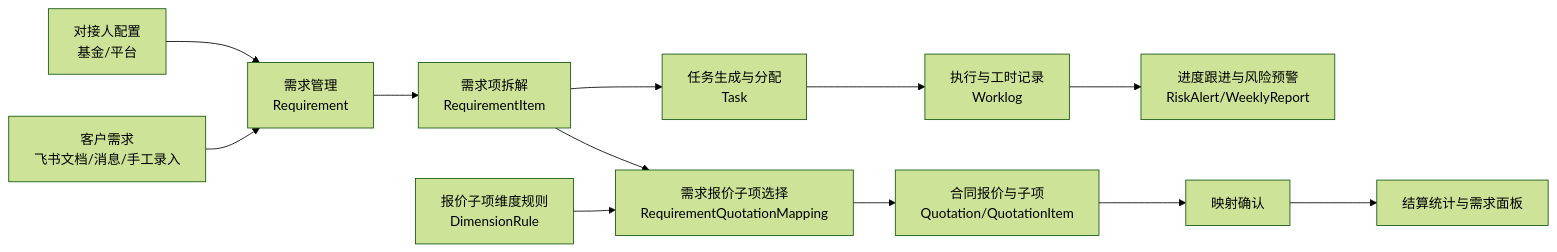
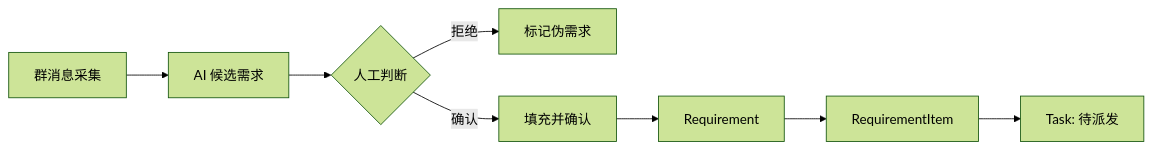
Before and after one commit to easyLong/xlyq-efficiency-engine: the third of 6 diagrams in DIAGRAMS.md, drawn with Mermaid (forest theme). The commit also changed other lines of this file and 26 other files, not shown here.

````diff
--- a/DIAGRAMS.md
+++ b/DIAGRAMS.md
@@ -53,27 +64,15 @@
 ```mermaid
 flowchart LR
-    A0[对接人配置<br/>基金/平台]
-    A[客户需求<br/>飞书文档/消息/手工录入]
-    B[需求管理<br/>Requirement]
-    C[需求项拆解<br/>RequirementItem]
-    D[任务生成与分配<br/>Task]
-    E[执行与工时记录<br/>Worklog]
-    F[进度跟进与风险预警<br/>RiskAlert/WeeklyReport]
-    G[需求报价子项选择<br/>RequirementQuotationMapping]
-    H[合同报价与子项<br/>Quotation/QuotationItem]
-    H0[报价子项维度规则<br/>DimensionRule]
-    I[映射确认]
-    J[结算统计与需求面板]
+    A[群消息采集]
+    B[AI 候选需求]
+    C{人工判断}
+    D[标记伪需求]
+    E[填充并确认]
+    F[Requirement]
+    G[RequirementItem]
+    H[Task: 待派发]
 
-    A0 --> B
-    A --> B
-    B --> C
-    C --> D
-    D --> E
-    E --> F
-    C --> G
-    H0 --> G
-    G --> H
-    H --> I
-    I --> J
+    A --> B --> C
+    C -->|拒绝| D
+    C -->|确认| E --> F --> G --> H
 ```
````
